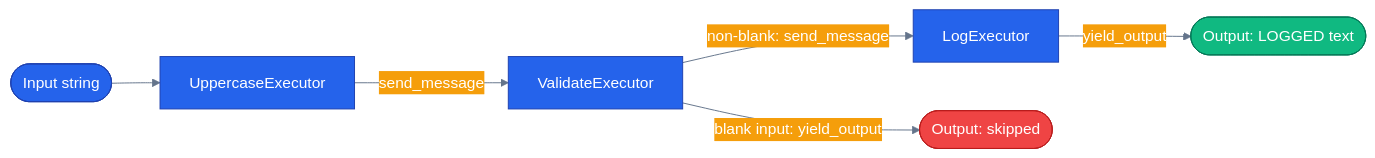
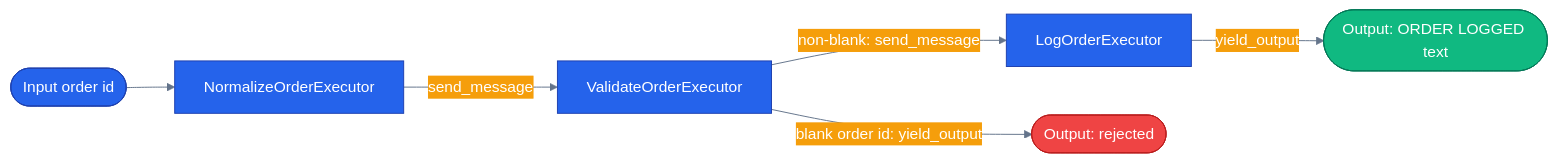
Before and after one commit to nitin27may/e-commerce-agents: the diagram in tutorials/09-workflow-executors-and-edges/README.md, drawn with Mermaid. The commit also changed other lines of this file and 4 other files, not shown here.

````diff
--- a/tutorials/09-workflow-executors-and-edges/README.md
+++ b/tutorials/09-workflow-executors-and-edges/README.md
@@ -26,29 +26,29 @@
 ```mermaid
 %%{init: {'theme':'base', 'themeVariables': {
   'primaryColor': '#2563eb','primaryTextColor': '#ffffff','primaryBorderColor': '#1e40af',
   'lineColor': '#64748b','secondaryColor': '#f59e0b','tertiaryColor': '#10b981',
   'background': 'transparent'}}}%%
 flowchart LR
   classDef core     fill:#2563eb,stroke:#1e40af,color:#ffffff
   classDef success  fill:#10b981,stroke:#047857,color:#ffffff
   classDef error    fill:#ef4444,stroke:#b91c1c,color:#ffffff
 
-  input([Input string])
-  up[UppercaseExecutor]
-  validate[ValidateExecutor]
-  log[LogExecutor]
-  skipped([Output: skipped])
-  logged([Output: LOGGED text])
+  input([Input order id])
+  norm[NormalizeOrderExecutor]
+  validate[ValidateOrderExecutor]
+  log[LogOrderExecutor]
+  skipped([Output: rejected])
+  logged([Output: ORDER LOGGED text])
 
-  input --> up
-  up -- "send_message" --> validate
-  validate -- "blank input: yield_output" --> skipped
+  input --> norm
+  norm -- "send_message" --> validate
+  validate -- "blank order id: yield_output" --> skipped
   validate -- "non-blank: send_message" --> log
   log -- "yield_output" --> logged
 
-  class up core
+  class norm core
   class validate core
   class log core
   class logged success
   class skipped error
 ```
````
